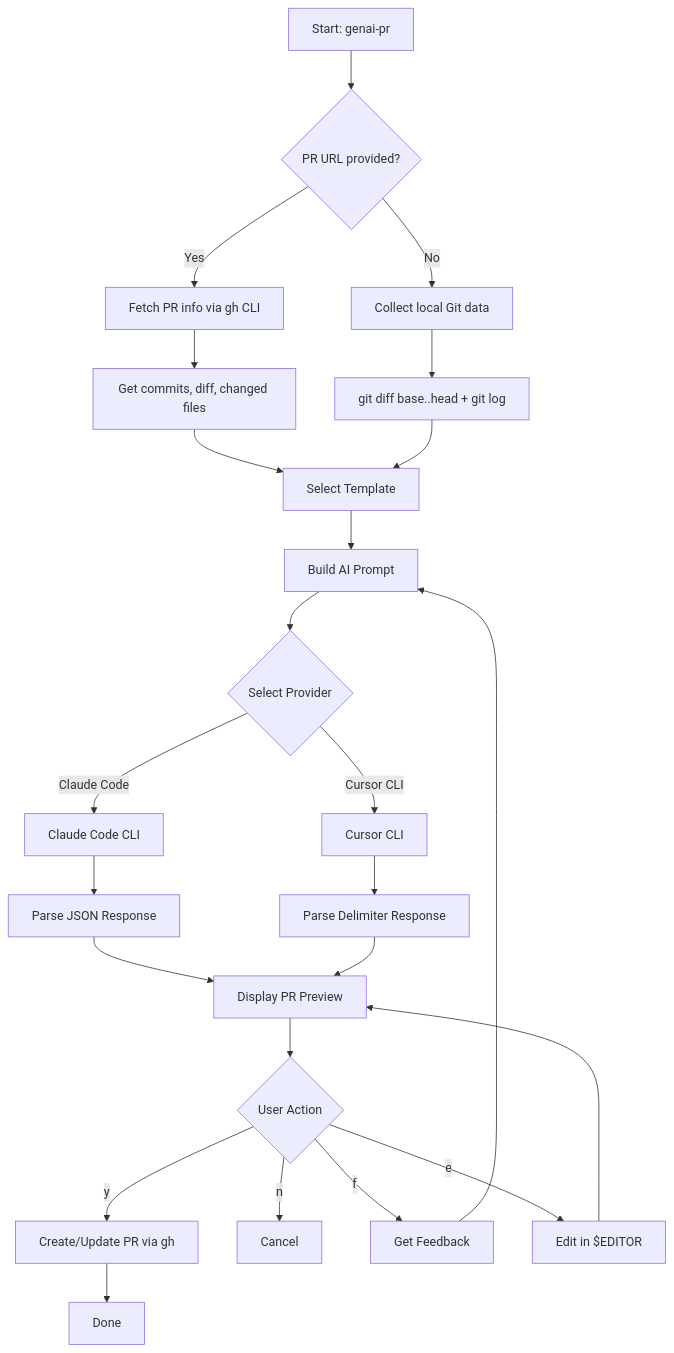
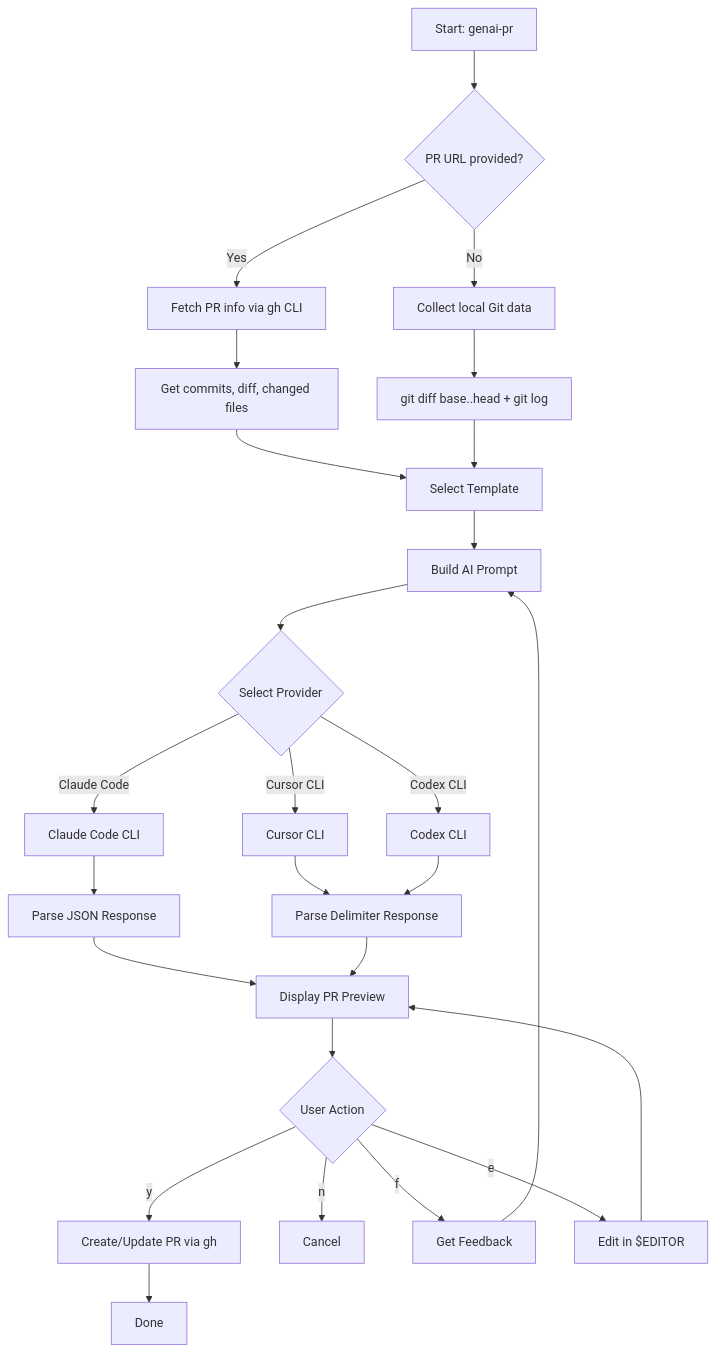
The diagram in README.md (Seungwoo321/genai-pr), drawn with Mermaid before and after one commit. The commit also changed other lines of this file and 22 other files, not shown here.

First line of the commit message:
feat(cli): add Codex CLI provider support

````diff
--- a/README.md
+++ b/README.md
@@ -20,26 +20,28 @@
 ```mermaid
 flowchart TD
     A[Start: genai-pr] --> B{PR URL provided?}
     B -->|Yes| C[Fetch PR info via gh CLI]
     B -->|No| D[Collect local Git data]
     C --> E[Get commits, diff, changed files]
     D --> F[git diff base..head + git log]
     E --> G[Select Template]
     F --> G
     G --> H[Build AI Prompt]
     H --> I{Select Provider}
     I -->|Claude Code| J[Claude Code CLI]
     I -->|Cursor CLI| K[Cursor CLI]
+    I -->|Codex CLI| K2[Codex CLI]
     J --> L[Parse JSON Response]
     K --> M[Parse Delimiter Response]
+    K2 --> M
     L --> N[Display PR Preview]
     M --> N
     N --> O{User Action}
     O -->|y| P[Create/Update PR via gh]
     O -->|n| Q[Cancel]
     O -->|f| R[Get Feedback]
     O -->|e| S[Edit in $EDITOR]
     R --> H
     S --> N
     P --> T[Done]
 ```
````
